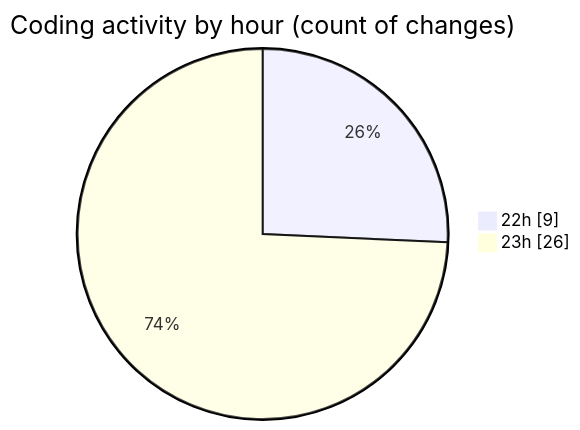
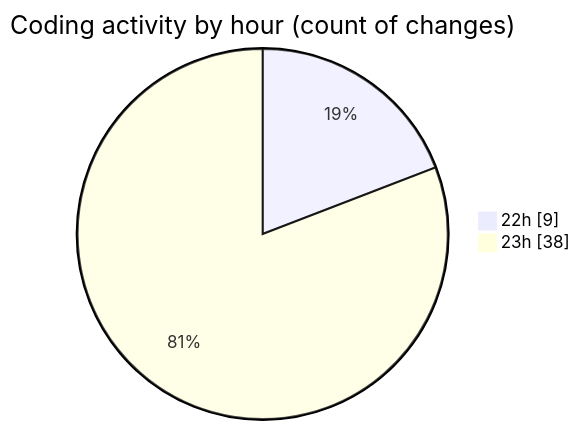
Before and after one commit to becaeroporto-bot/code-tracking: the second of 2 diagrams in 2026-02-16/chatbot-ui-main/README.md, drawn with Mermaid. The commit also changed other lines of this file and 1 other file, not shown here.

````diff
--- a/2026-02-16/chatbot-ui-main/README.md
+++ b/2026-02-16/chatbot-ui-main/README.md
@@ -39,6 +39,6 @@
 ```mermaid
 pie showData
 title Coding activity by hour (count of changes)
 "22h" : 9
-"23h" : 26
+"23h" : 38
 ```
````
